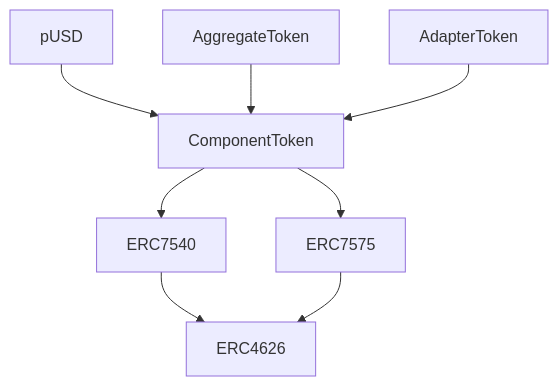
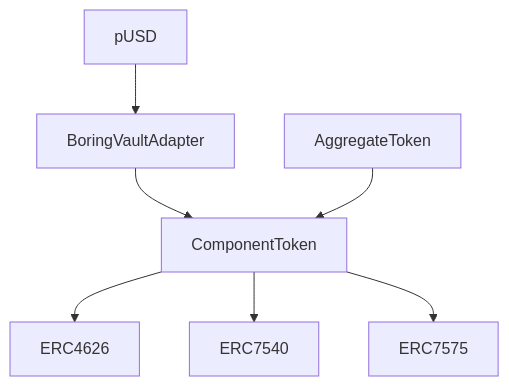
Before and after one commit to plumenetwork/contracts: the diagram in nest/README.md, drawn with Mermaid. The commit also changed other lines of this file, not shown here.

````diff
--- a/nest/README.md
+++ b/nest/README.md
@@ -21,10 +50,9 @@
 ```mermaid
 graph TD
-A[pUSD] --> B[ComponentToken]
-C[AggregateToken] --> B[ComponentToken]
-D[AdapterToken] --> B[ComponentToken]
-B --> T[ERC7540]
-T[ERC7540] --> E[ERC4626]
-B --> g[ERC7575]
-g[ERC7575] --> E[ERC4626]
+    A[pUSD] --> B[BoringVaultAdapter]
+    B --> C[ComponentToken]
+    D[AggregateToken] --> C
+    C --> E[ERC4626]
+    C --> F[ERC7540]
+    C --> G[ERC7575]
 ```
````
